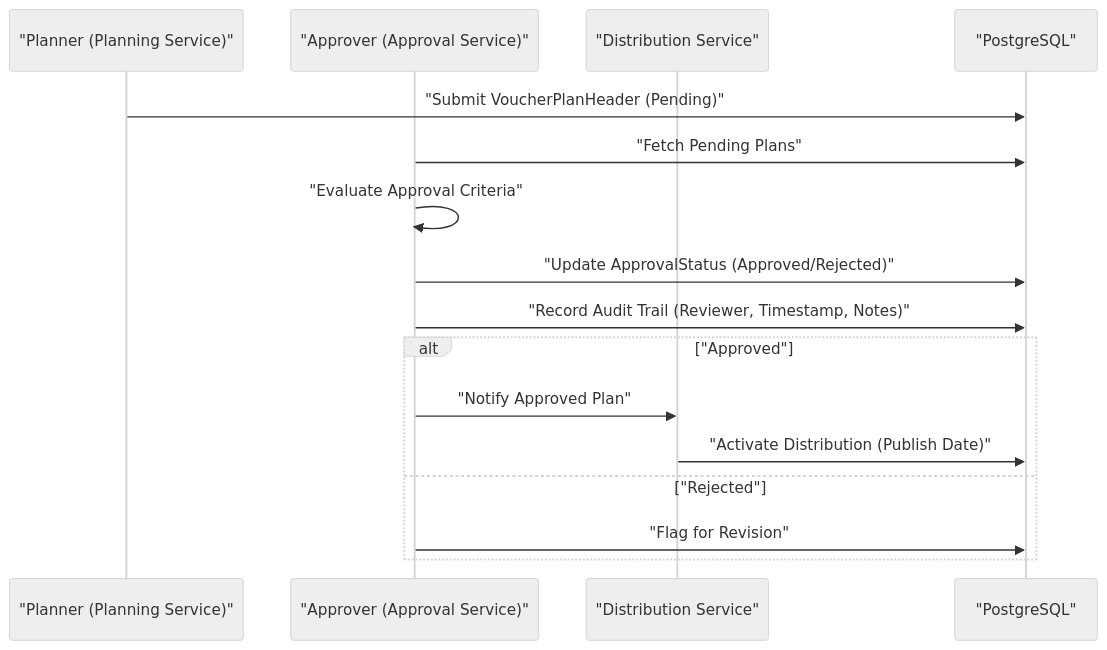
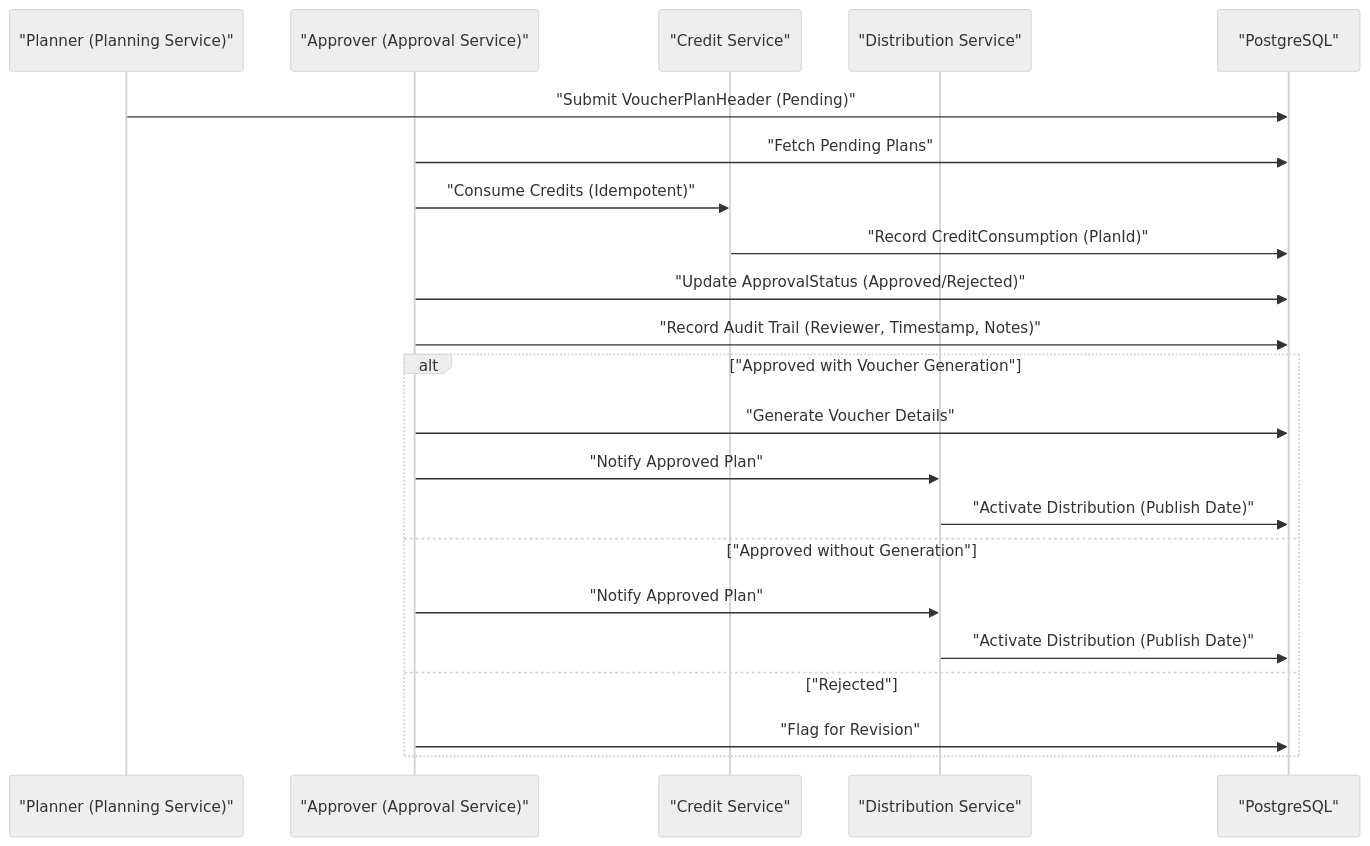
Before and after one commit to lamhongbac/NonCash: the second of 11 diagrams in .qoder/repowiki/en/content/Core Services Implementation/Approval Service.md, drawn with Mermaid (neutral theme). The commit also changed other lines of this file and 111 other files, not shown here.

````diff
--- a/.qoder/repowiki/en/content/Core Services Implementation/Approval Service.md
+++ b/.qoder/repowiki/en/content/Core Services Implementation/Approval Service.md
@@ -77,18 +96,24 @@
 ```mermaid
 sequenceDiagram
 participant Planner as "Planner (Planning Service)"
 participant Approver as "Approver (Approval Service)"
+participant Credit as "Credit Service"
 participant Dist as "Distribution Service"
 participant DB as "PostgreSQL"
 Planner->>DB : "Submit VoucherPlanHeader (Pending)"
 Approver->>DB : "Fetch Pending Plans"
-Approver->>Approver : "Evaluate Approval Criteria"
+Approver->>Credit : "Consume Credits (Idempotent)"
+Credit->>DB : "Record CreditConsumption (PlanId)"
 Approver->>DB : "Update ApprovalStatus (Approved/Rejected)"
 Approver->>DB : "Record Audit Trail (Reviewer, Timestamp, Notes)"
-alt "Approved"
+alt "Approved with Voucher Generation"
+Approver->>DB : "Generate Voucher Details"
+Approver->>Dist : "Notify Approved Plan"
+Dist->>DB : "Activate Distribution (Publish Date)"
+else "Approved without Generation"
 Approver->>Dist : "Notify Approved Plan"
 Dist->>DB : "Activate Distribution (Publish Date)"
 else "Rejected"
 Approver->>DB : "Flag for Revision"
 end
 ```
````
